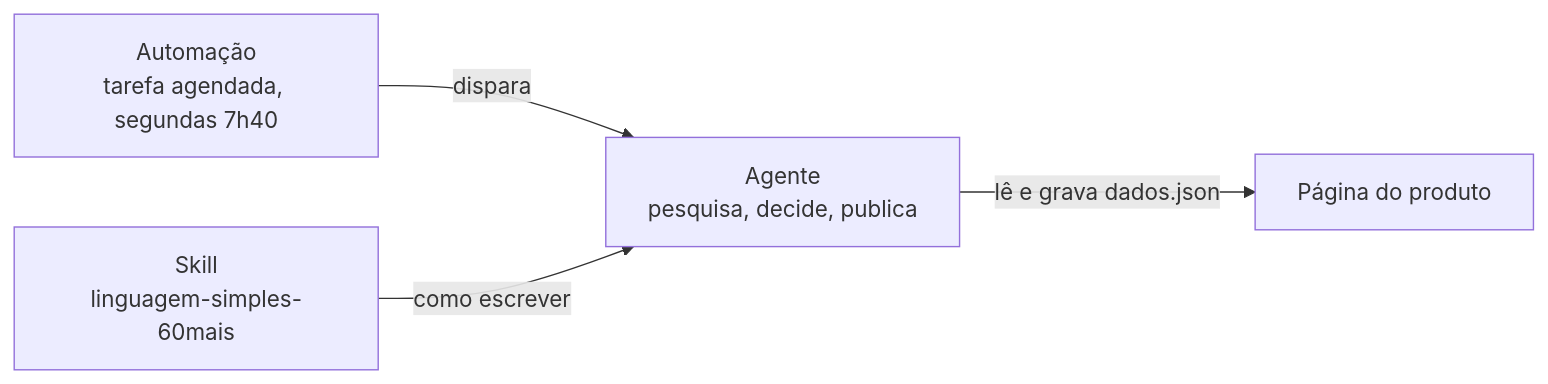
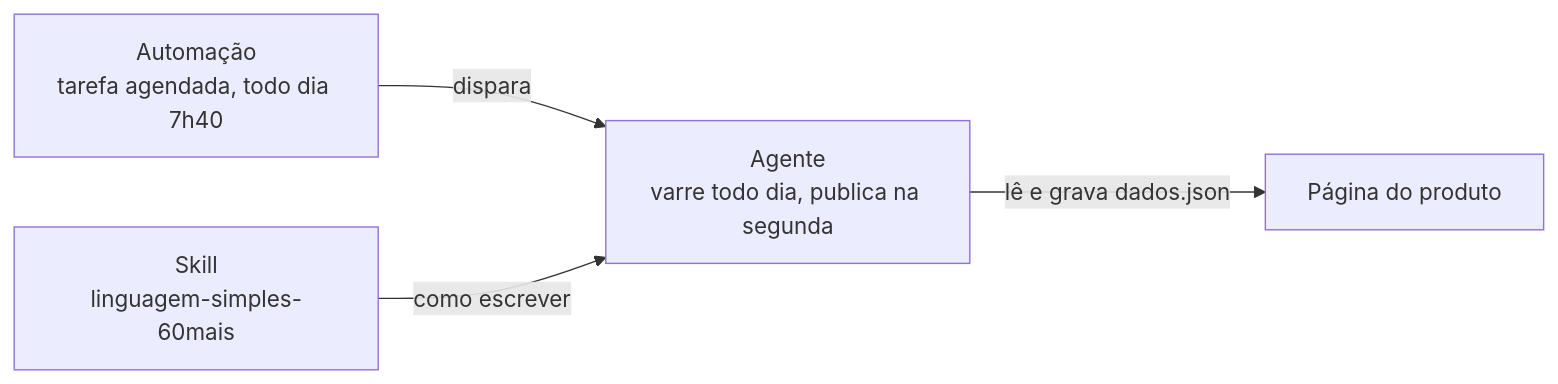
The diagram in README.md (MFraza73/sentinela-60mais), drawn with Mermaid before and after one commit. The commit also changed other lines of this file and 7 other files, not shown here.

````diff
--- a/README.md
+++ b/README.md
@@ -21,6 +21,6 @@
 ```mermaid
 flowchart LR
-    A["Automação<br/>tarefa agendada, segundas 7h40"] -->|dispara| B["Agente<br/>pesquisa, decide, publica"]
+    A["Automação<br/>tarefa agendada, todo dia 7h40"] -->|dispara| B["Agente<br/>varre todo dia, publica na segunda"]
     S["Skill<br/>linguagem-simples-60mais"] -->|como escrever| B
     B -->|lê e grava dados.json| P["Página do produto"]
 ```
````
